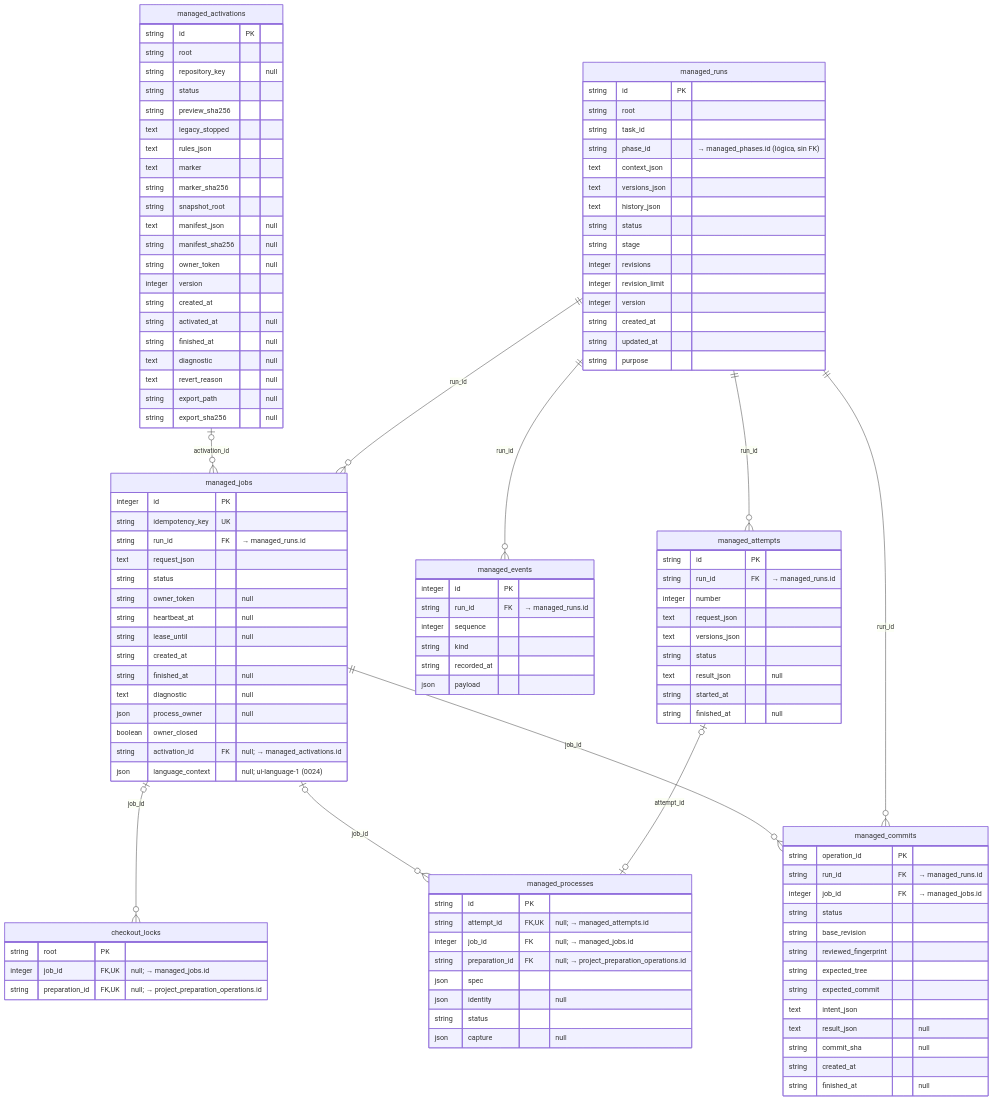
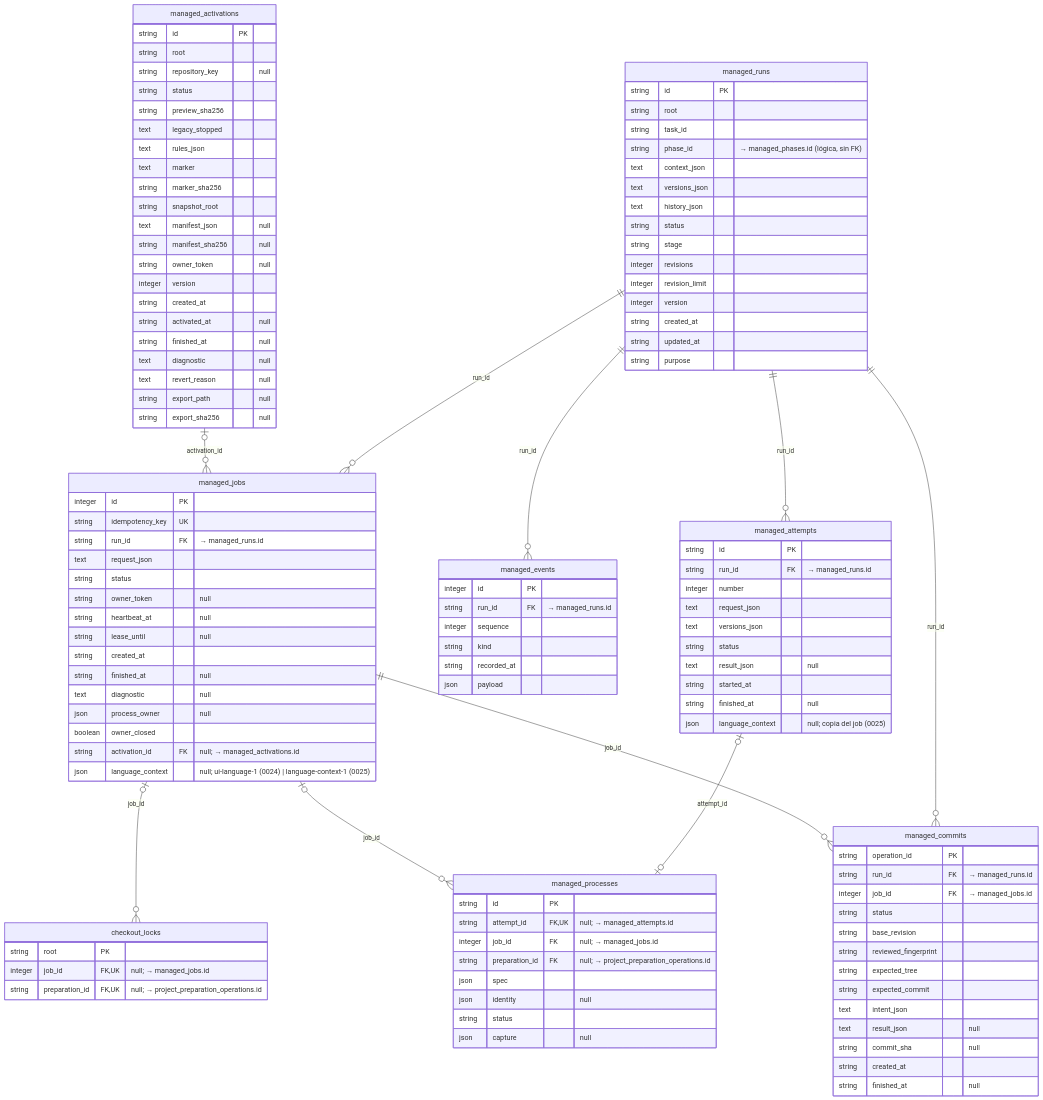
One commit to AcostaDDev/my-harness-archive changed the second of 12 diagrams in docs/DDBB-DIAGRAM.md. Above: the diagram before and after it, drawn with Mermaid. The commit also changed other lines of this file and 50 other files, not shown here.

```diff
--- a/docs/DDBB-DIAGRAM.md
+++ b/docs/DDBB-DIAGRAM.md
@@ -90,6 +90,7 @@
         text result_json "null"
         string started_at
         string finished_at "null"
+        json language_context "null; copia del job (0025)"
     }
     managed_events {
         integer id PK
@@ -114,7 +115,7 @@
         json process_owner "null"
         boolean owner_closed
         string activation_id FK "null; → managed_activations.id"
-        json language_context "null; ui-language-1 (0024)"
+        json language_context "null; ui-language-1 (0024) | language-context-1 (0025)"
     }
     checkout_locks {
         string root PK
```
